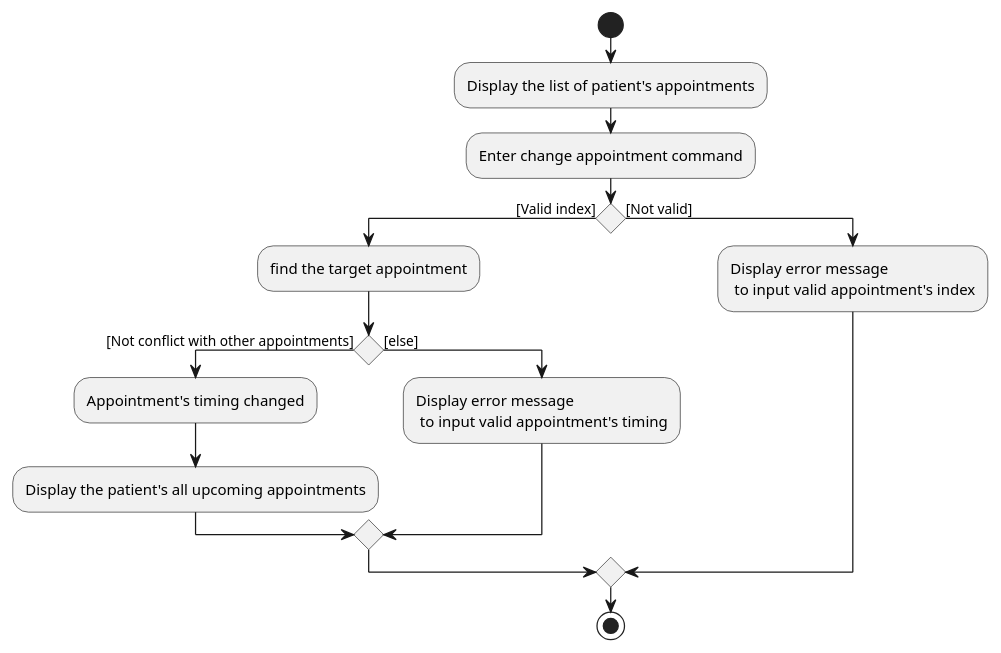
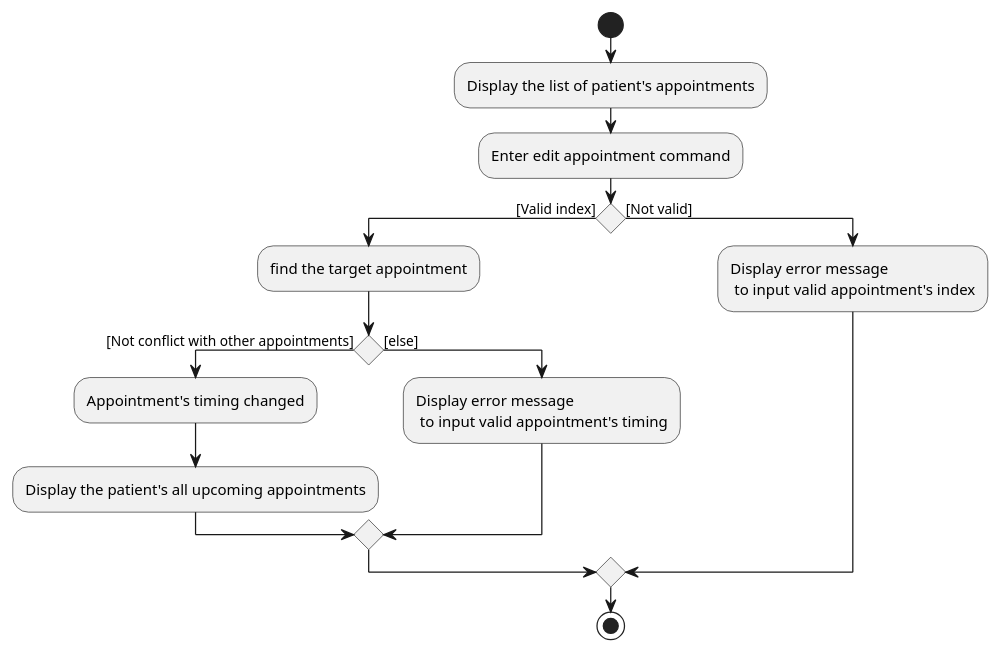
The diagram in docs/diagrams/ChangeAppointmentActivityDiagram.puml (nus-cs2103-AY1920S1/addressbook-level3), drawn with PlantUML before and after one commit. The commit also changed 3 other files, not shown here.

```diff
--- a/docs/diagrams/ChangeAppointmentActivityDiagram.puml
+++ b/docs/diagrams/ChangeAppointmentActivityDiagram.puml
@@ -1,20 +1,20 @@
 @startuml
 
 start
 -Display the list of patient's appointments
--Enter change appointment command
+-Enter edit appointment command
         if() then ([Valid index])
         -find the target appointment
 
             if() then ([Not conflict with other appointments])
             -Appointment's timing changed
             -Display the patient's all upcoming appointments
 
             else ([else])
             -Display error message\n to input valid appointment's timing
             endif
         else ([Not valid])
         -Display error message\n to input valid appointment's index
         endif
 stop
 @enduml
```
